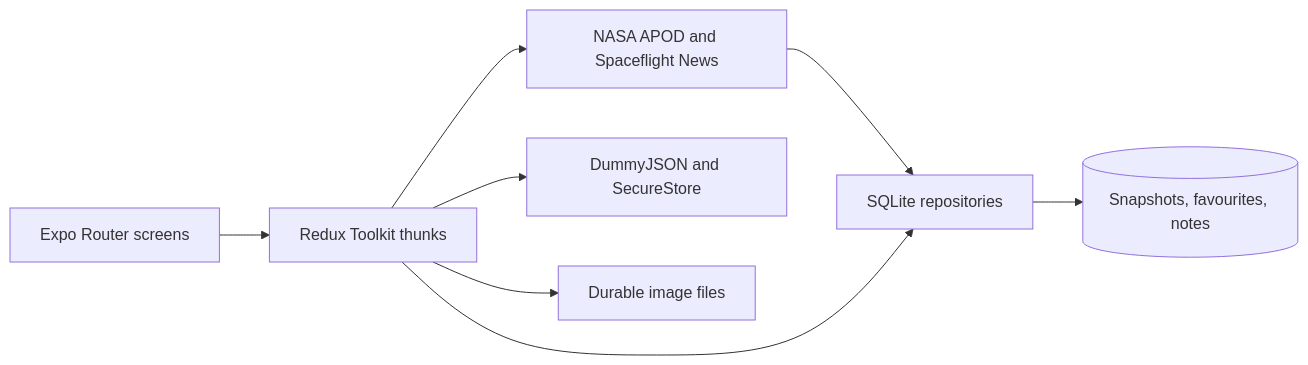
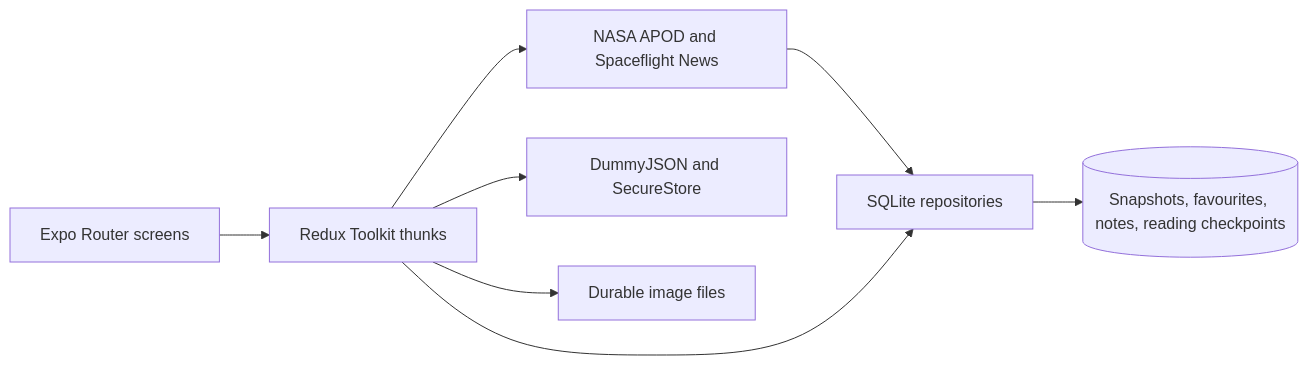
The diagram in README.md (Suthankan1/cosmolog), drawn with Mermaid before and after one commit. The commit also changed other lines of this file and 11 other files, not shown here.

````diff
--- a/README.md
+++ b/README.md
@@ -72,10 +77,10 @@
 ```mermaid
 flowchart LR
   Screens[Expo Router screens] --> State[Redux Toolkit thunks]
   State --> Sources[NASA APOD and Spaceflight News]
   State --> Session[DummyJSON and SecureStore]
   Sources --> Repositories[SQLite repositories]
   State --> Repositories
-  Repositories --> SQLite[(Snapshots, favourites, notes)]
+  Repositories --> SQLite[(Snapshots, favourites, notes, reading checkpoints)]
   State --> Files[Durable image files]
 ```
````
